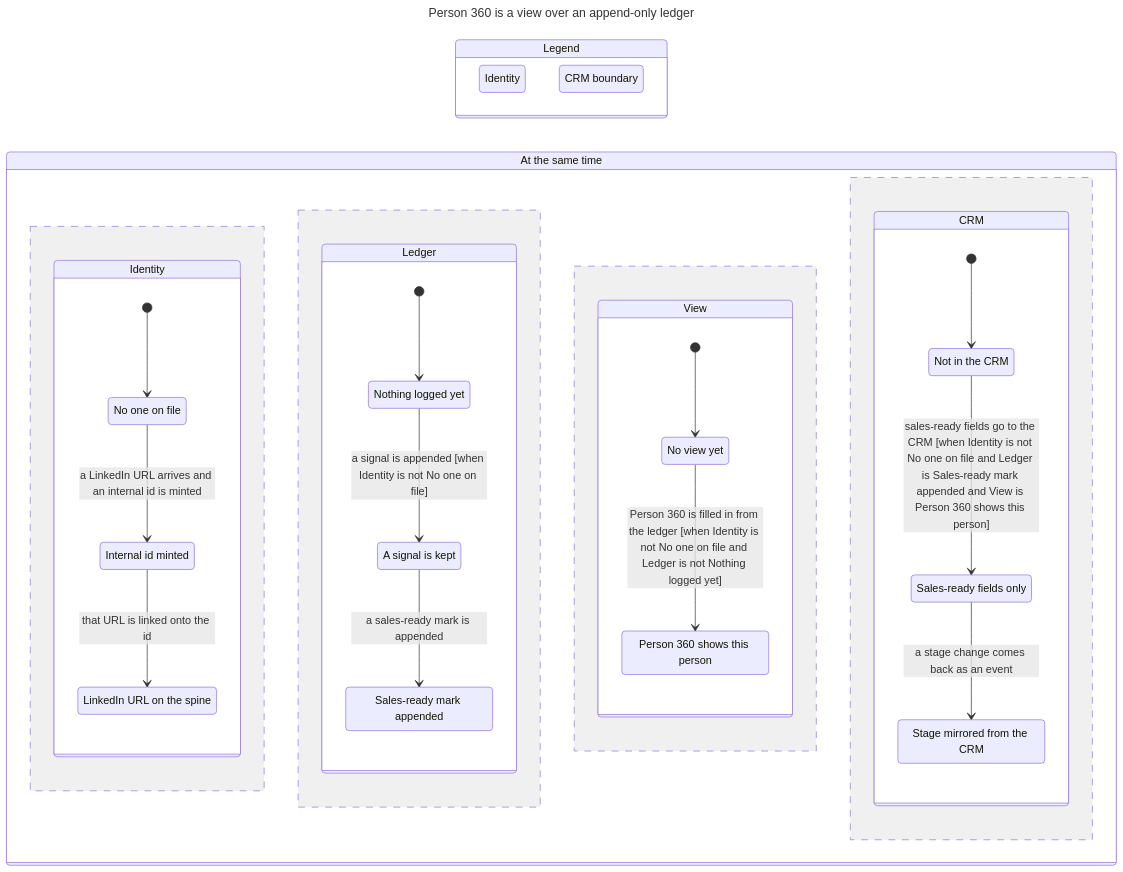
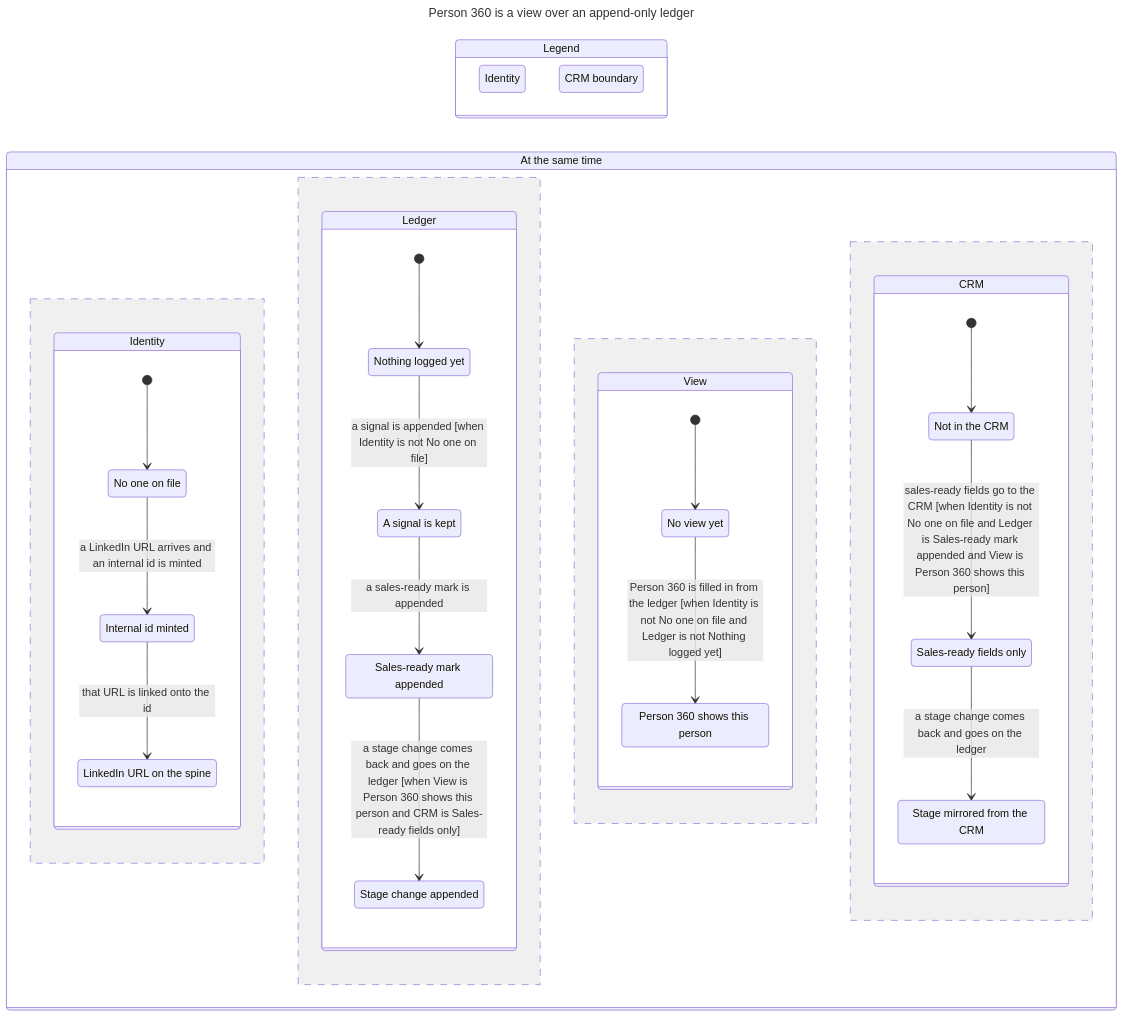
One commit to ycanerden/gluely changed the diagram in docs/charts/person-360/chart.mmd. Above: the diagram before and after it, drawn with Mermaid. The commit also changed 33 other files, not shown here.

First line of the commit message:
Kill rules by time, cost warnings, waterfalls and corrected charts

```diff
--- a/docs/charts/person-360/chart.mmd
+++ b/docs/charts/person-360/chart.mmd
@@ -1,50 +1,53 @@
 ---
 title: "Person 360 is a view over an append-only ledger"
 ---
 stateDiagram-v2
   direction LR
   state "Legend" as legend {
     lg0: Identity
     lg1: CRM boundary
   }
   class lg0 blue
   class lg1 orange
   state "At the same time" as all {
     state "Identity" as r0 {
       s0: No one on file
       s1: Internal id minted
       s2: LinkedIn URL on the spine
       [*] --> s0
       s0 --> s1: a LinkedIn URL arrives and an internal id is minted
       s1 --> s2: that URL is linked onto the id
     }
     --
     state "Ledger" as r1 {
       s3: Nothing logged yet
       s4: A signal is kept
       s5: Sales-ready mark appended
+      s6: Stage change appended
       [*] --> s3
       s3 --> s4: a signal is appended [when Identity is not No one on file]
       s4 --> s5: a sales-ready mark is appended
+      s5 --> s6: a stage change comes back and goes on the ledger [when View is Person 360 shows this person and CRM is Sales-ready fields only]
     }
     --
     state "View" as r2 {
-      s6: No view yet
-      s7: Person 360 shows this person
-      [*] --> s6
-      s6 --> s7: Person 360 is filled in from the ledger [when Identity is not No one on file and Ledger is not Nothing logged yet]
+      s7: No view yet
+      s8: Person 360 shows this person
+      [*] --> s7
+      s7 --> s8: Person 360 is filled in from the ledger [when Identity is not No one on file and Ledger is not Nothing logged yet]
     }
     --
     state "CRM" as r3 {
-      s8: Not in the CRM
-      s9: Sales-ready fields only
-      s10: Stage mirrored from the CRM
-      [*] --> s8
-      s8 --> s9: sales-ready fields go to the CRM [when Identity is not No one on file and Ledger is Sales-ready mark appended and View is Person 360 shows this person]
-      s9 --> s10: a stage change comes back as an event
+      s9: Not in the CRM
+      s10: Sales-ready fields only
+      s11: Stage mirrored from the CRM
+      [*] --> s9
+      s9 --> s10: sales-ready fields go to the CRM [when Identity is not No one on file and Ledger is Sales-ready mark appended and View is Person 360 shows this person]
+      s10 --> s11: a stage change comes back and goes on the ledger
     }
   }
   class s0 blue
   class s3 blue
-  class s9 orange
+  class s6 orange
   class s10 orange
+  class s11 orange
```
